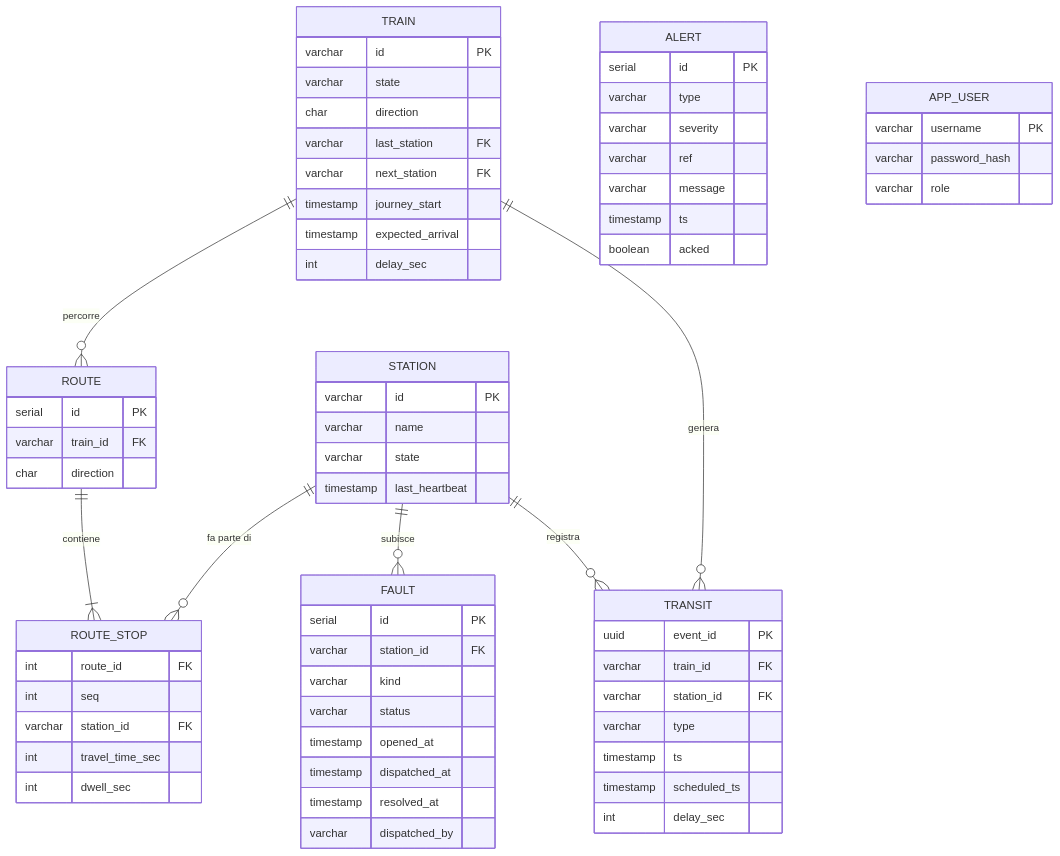
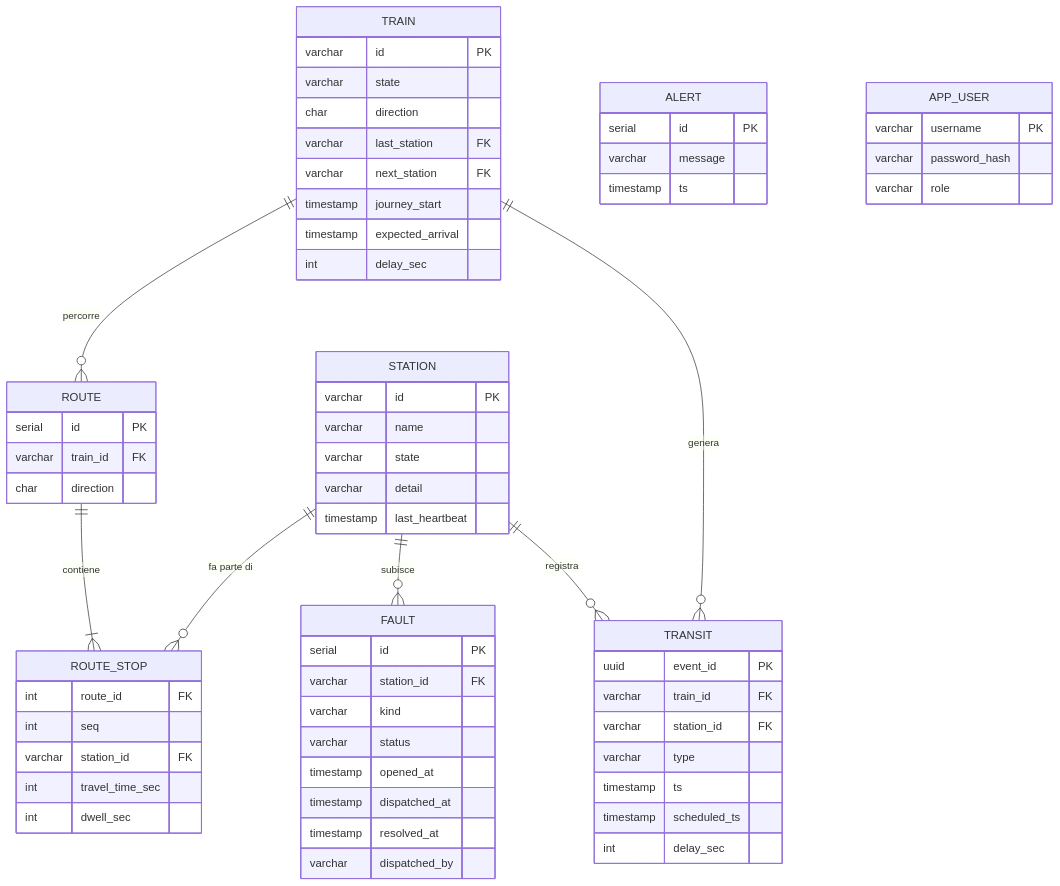
One commit to lucateofilo/PissirShared changed the third of 7 diagrams in docs/architettura.md. Above: the diagram before and after it, drawn with Mermaid. The commit also changed other lines of this file and 2 other files, not shown here.

````diff
--- a/docs/architettura.md
+++ b/docs/architettura.md
@@ -238,55 +243,52 @@
 ```mermaid
 erDiagram
   STATION ||--o{ ROUTE_STOP : "fa parte di"
   ROUTE ||--|{ ROUTE_STOP : contiene
   TRAIN ||--o{ ROUTE : percorre
   TRAIN ||--o{ TRANSIT : genera
   STATION ||--o{ TRANSIT : registra
   STATION ||--o{ FAULT : subisce
 
   STATION { varchar id PK
             varchar name
             varchar state
+            varchar detail
             timestamp last_heartbeat }
   TRAIN { varchar id PK
           varchar state
           char direction
           varchar last_station FK
           varchar next_station FK
           timestamp journey_start
           timestamp expected_arrival
           int delay_sec }
   ROUTE { serial id PK
           varchar train_id FK
           char direction }
   ROUTE_STOP { int route_id FK
                int seq
                varchar station_id FK
                int travel_time_sec
                int dwell_sec }
   TRANSIT { uuid event_id PK
             varchar train_id FK
             varchar station_id FK
             varchar type
             timestamp ts
             timestamp scheduled_ts
             int delay_sec }
   FAULT { serial id PK
           varchar station_id FK
           varchar kind
           varchar status
           timestamp opened_at
           timestamp dispatched_at
           timestamp resolved_at
           varchar dispatched_by }
   ALERT { serial id PK
-          varchar type
-          varchar severity
-          varchar ref
           varchar message
-          timestamp ts
-          boolean acked }
+          timestamp ts }
   APP_USER { varchar username PK
              varchar password_hash
              varchar role }
 ```
````
